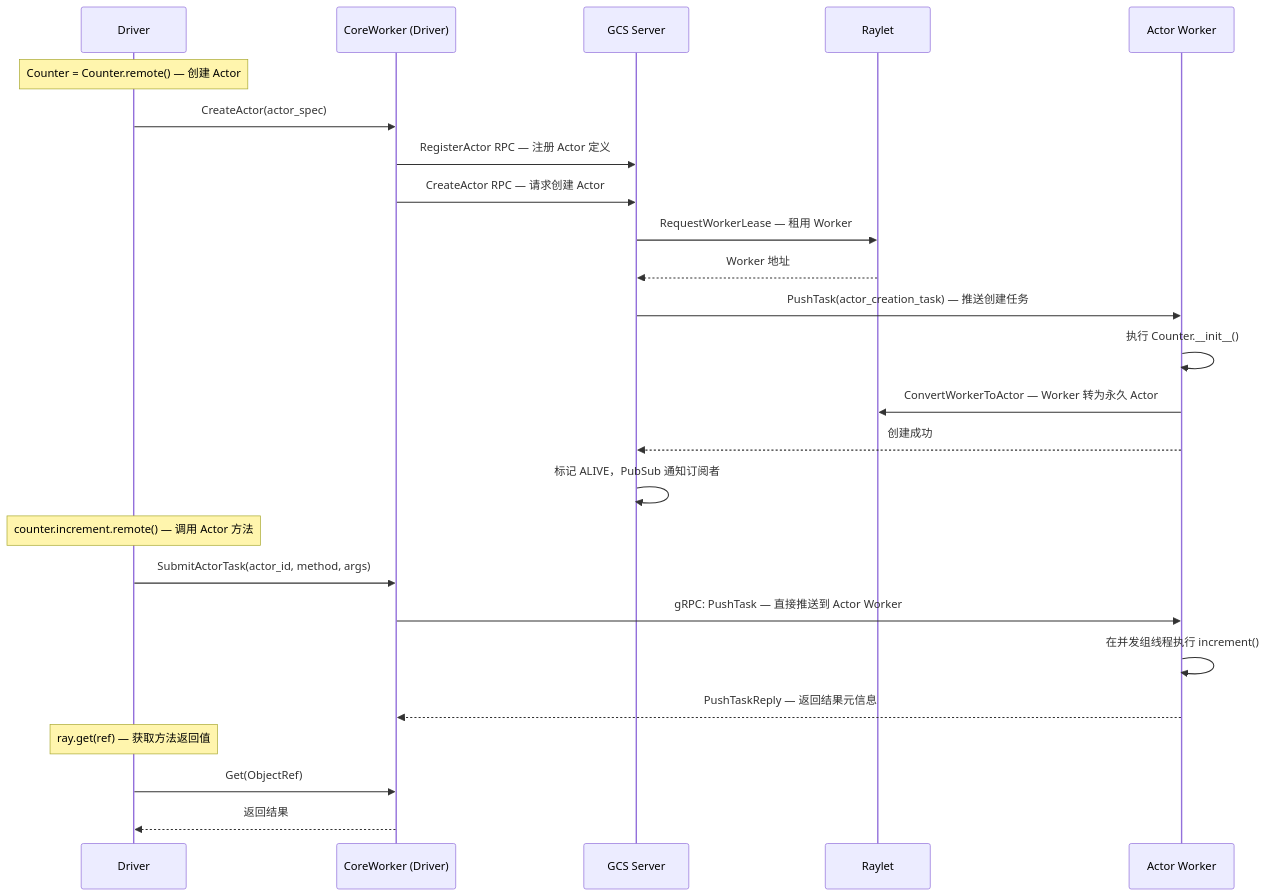
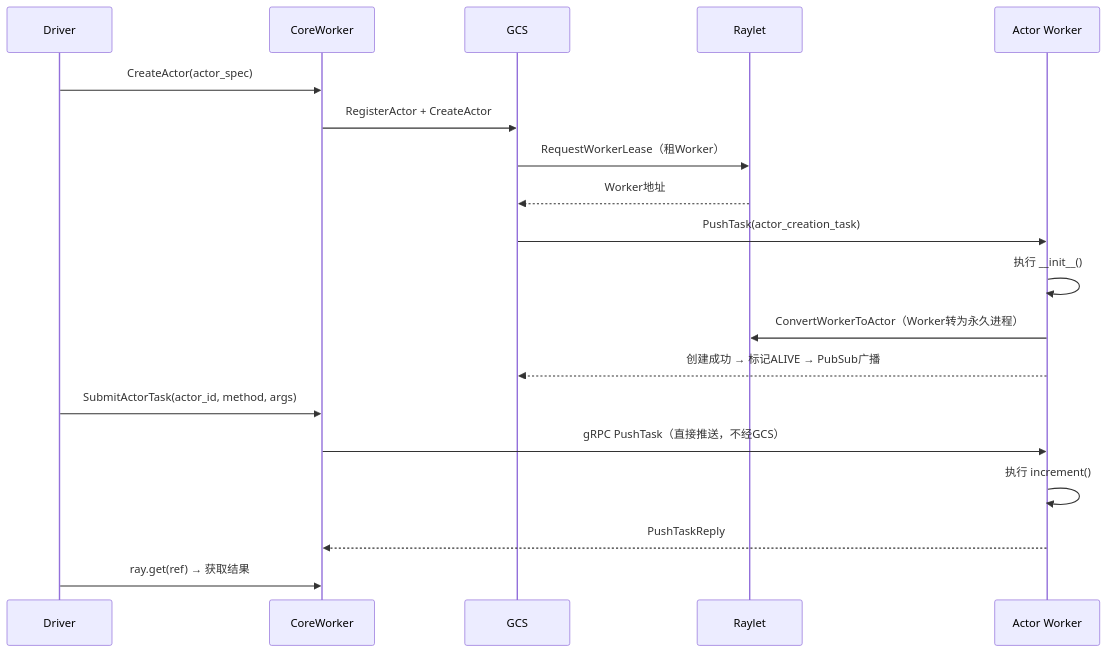
The fifth of 6 diagrams in doc/source/ray-core/ray-architecture-overview.md (wangguimin18-boop/ray-project), drawn with Mermaid before and after one commit. The commit also changed other lines of this file, not shown here.

````diff
--- a/doc/source/ray-core/ray-architecture-overview.md
+++ b/doc/source/ray-core/ray-architecture-overview.md
@@ -747,33 +465,24 @@
 ```mermaid
 sequenceDiagram
-    participant Driver as Driver
-    participant CW as CoreWorker (Driver)
-    participant GCS as GCS Server
-    participant Raylet as Raylet
-    participant ActorW as Actor Worker
+    participant DRV as Driver
+    participant CW as CoreWorker
+    participant GCS as GCS
+    participant RL as Raylet
+    participant AW as Actor Worker
 
-    Note over Driver: Counter = Counter.remote() — 创建 Actor
+    DRV->>CW: CreateActor(actor_spec)
+    CW->>GCS: RegisterActor + CreateActor
+    GCS->>RL: RequestWorkerLease（租Worker）
+    RL-->>GCS: Worker地址
+    GCS->>AW: PushTask(actor_creation_task)
+    AW->>AW: 执行 __init__()
+    AW->>RL: ConvertWorkerToActor（Worker转为永久进程）
+    AW-->>GCS: 创建成功 → 标记ALIVE → PubSub广播
 
-    Driver->>CW: CreateActor(actor_spec)
-    CW->>GCS: RegisterActor RPC — 注册 Actor 定义
-    CW->>GCS: CreateActor RPC — 请求创建 Actor
+    DRV->>CW: SubmitActorTask(actor_id, method, args)
+    CW->>AW: gRPC PushTask（直接推送，不经GCS）
+    AW->>AW: 执行 increment()
+    AW-->>CW: PushTaskReply
 
-    GCS->>Raylet: RequestWorkerLease — 租用 Worker
-    Raylet-->>GCS: Worker 地址
-    GCS->>ActorW: PushTask(actor_creation_task) — 推送创建任务
-    ActorW->>ActorW: 执行 Counter.__init__()
-    ActorW->>Raylet: ConvertWorkerToActor — Worker 转为永久 Actor
-    ActorW-->>GCS: 创建成功
-    GCS->>GCS: 标记 ALIVE，PubSub 通知订阅者
-
-    Note over Driver: counter.increment.remote() — 调用 Actor 方法
-
-    Driver->>CW: SubmitActorTask(actor_id, method, args)
-    CW->>ActorW: gRPC: PushTask — 直接推送到 Actor Worker
-    ActorW->>ActorW: 在并发组线程执行 increment()
-    ActorW-->>CW: PushTaskReply — 返回结果元信息
-
-    Note over Driver: ray.get(ref) — 获取方法返回值
-    Driver->>CW: Get(ObjectRef)
-    CW-->>Driver: 返回结果
+    DRV->>CW: ray.get(ref) → 获取结果
 ```
````
